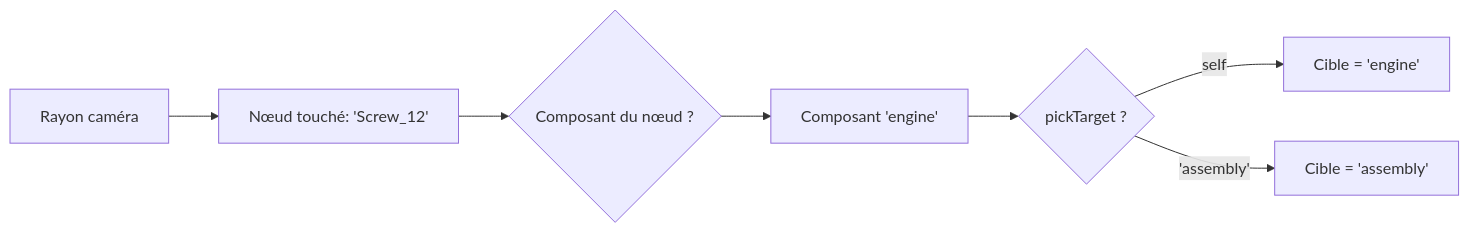
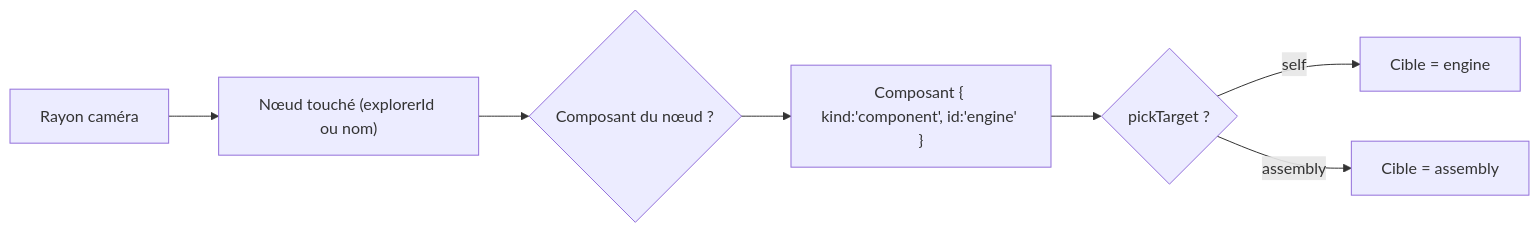
Before and after one commit to GabMDA/explorer-engine: the second of 3 diagrams in docs/08-focus-system.md, drawn with Mermaid. The commit also changed other lines of this file and 3 other files, not shown here.

````diff
--- a/docs/08-focus-system.md
+++ b/docs/08-focus-system.md
@@ -41,9 +43,9 @@
 ```mermaid
 graph LR
-    A[Rayon caméra] --> B[Nœud touché: 'Screw_12']
+    A[Rayon caméra] --> B["Nœud touché (explorerId ou nom)"]
     B --> C{Composant du nœud ?}
-    C --> D[Composant 'engine']
+    C --> D["Composant { kind:'component', id:'engine' }"]
     D --> E{pickTarget ?}
-    E -- self --> F[Cible = 'engine']
-    E -- 'assembly' --> G[Cible = 'assembly']
+    E -- self --> F[Cible = engine]
+    E -- assembly --> G[Cible = assembly]
 ```
````
